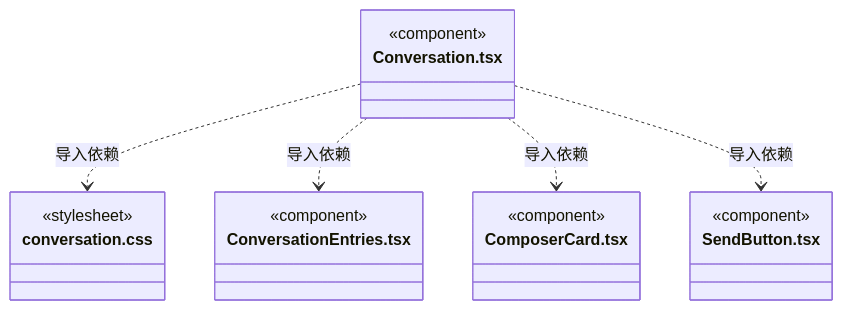
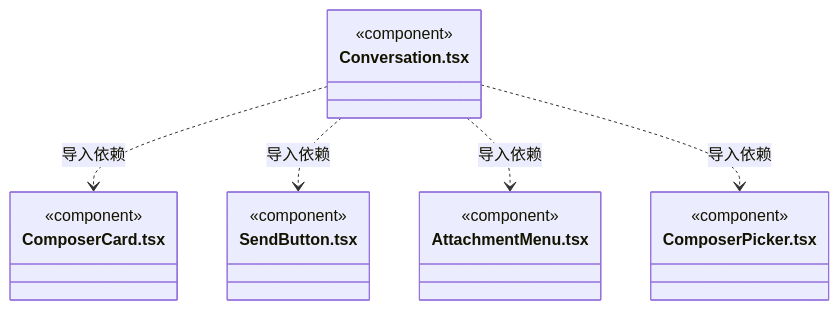
Diagram 44 of 51 in src/view/conversation/ARCHITECTURE.md (nan023062/cbim), drawn with Mermaid before and after one commit. The commit also changed other lines of this file and 87 other files, not shown here.

````diff
--- a/src/view/conversation/ARCHITECTURE.md
+++ b/src/view/conversation/ARCHITECTURE.md
@@ -669,22 +669,22 @@
 ```mermaid
 classDiagram
 class N_src_view_conversation_Conversation_tsx["Conversation.tsx"] {
-  <<component>>
-}
-class N_src_view_conversation_conversation_css["conversation.css"] {
-  <<stylesheet>>
-}
-class N_src_view_conversation_ConversationEntries_tsx["ConversationEntries.tsx"] {
   <<component>>
 }
 class N_src_view_conversation_ComposerCard_tsx["ComposerCard.tsx"] {
   <<component>>
 }
 class N_src_view_conversation_SendButton_tsx["SendButton.tsx"] {
   <<component>>
 }
-N_src_view_conversation_Conversation_tsx ..> N_src_view_conversation_conversation_css : 导入依赖
-N_src_view_conversation_Conversation_tsx ..> N_src_view_conversation_ConversationEntries_tsx : 导入依赖
+class N_src_view_conversation_AttachmentMenu_tsx["AttachmentMenu.tsx"] {
+  <<component>>
+}
+class N_src_view_conversation_ComposerPicker_tsx["ComposerPicker.tsx"] {
+  <<component>>
+}
 N_src_view_conversation_Conversation_tsx ..> N_src_view_conversation_ComposerCard_tsx : 导入依赖
 N_src_view_conversation_Conversation_tsx ..> N_src_view_conversation_SendButton_tsx : 导入依赖
+N_src_view_conversation_Conversation_tsx ..> N_src_view_conversation_AttachmentMenu_tsx : 导入依赖
+N_src_view_conversation_Conversation_tsx ..> N_src_view_conversation_ComposerPicker_tsx : 导入依赖
 ```
````
